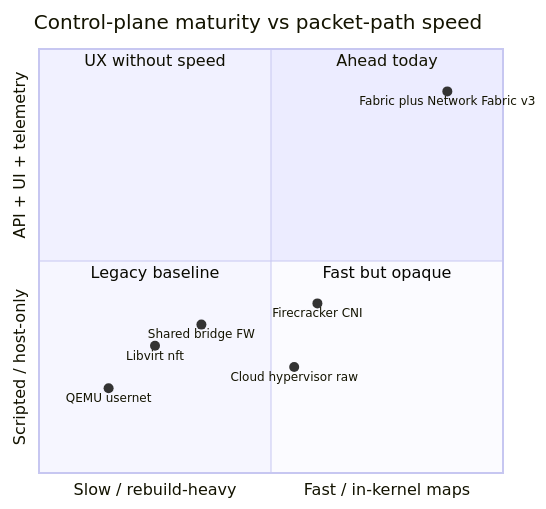
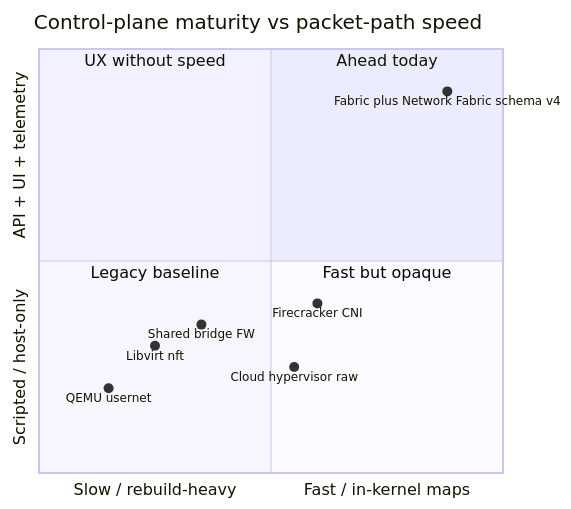
Before and after one commit to zyvorai/fabric: the ninth of 9 diagrams in README.md, drawn with Mermaid. The commit also changed other lines of this file and 25 other files, not shown here.

First line of the commit message:
Expose FluxVM Network Fabric schema v4 through Fabric API, CLI, and UX.

````diff
--- a/README.md
+++ b/README.md
@@ -434,16 +434,16 @@
 ```mermaid
 quadrantChart
     title Control-plane maturity vs packet-path speed
     x-axis Slow / rebuild-heavy --> Fast / in-kernel maps
     y-axis Scripted / host-only --> API + UI + telemetry
     quadrant-1 Ahead today
     quadrant-2 UX without speed
     quadrant-3 Legacy baseline
     quadrant-4 Fast but opaque
     Libvirt nft: [0.25, 0.30]
     Shared bridge FW: [0.35, 0.35]
     QEMU usernet: [0.15, 0.20]
     Cloud hypervisor raw: [0.55, 0.25]
     Firecracker CNI: [0.60, 0.40]
-    Fabric plus Network Fabric v3: [0.88, 0.90]
+    Fabric plus Network Fabric schema v4: [0.88, 0.90]
 ```
````
